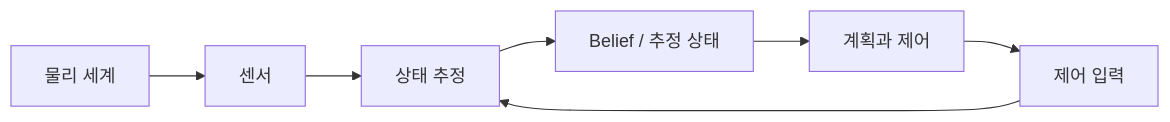
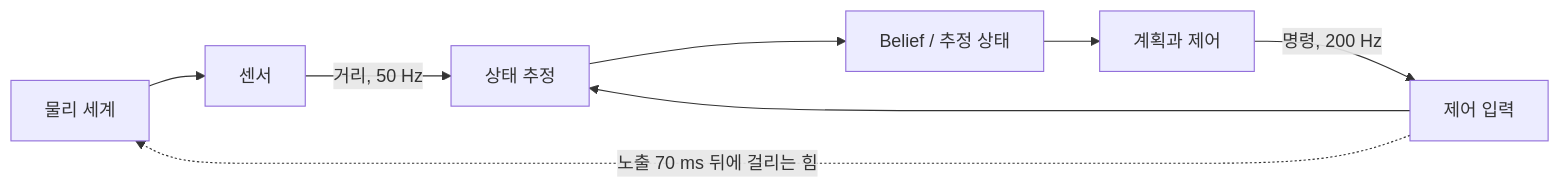
Before and after one commit to jiseop-byeon/phd-wiki: the second of 2 diagrams in content/04-robotics/state-estimation-slam.md, drawn with Mermaid. The commit also changed other lines of this file and 26 other files, not shown here.

````diff
--- a/content/04-robotics/state-estimation-slam.md
+++ b/content/04-robotics/state-estimation-slam.md
@@ -1056,9 +1231,10 @@
 ```mermaid
 flowchart LR
     W["물리 세계"] --> S["센서"]
-    S --> E["상태 추정"]
+    S -->|"거리, 50 Hz"| E["상태 추정"]
     U["제어 입력"] --> E
     E --> B["Belief / 추정 상태"]
     B --> P["계획과 제어"]
-    P --> U
+    P -->|"명령, 200 Hz"| U
+    U -.->|"노출 70 ms 뒤에 걸리는 힘"| W
 ```
````
